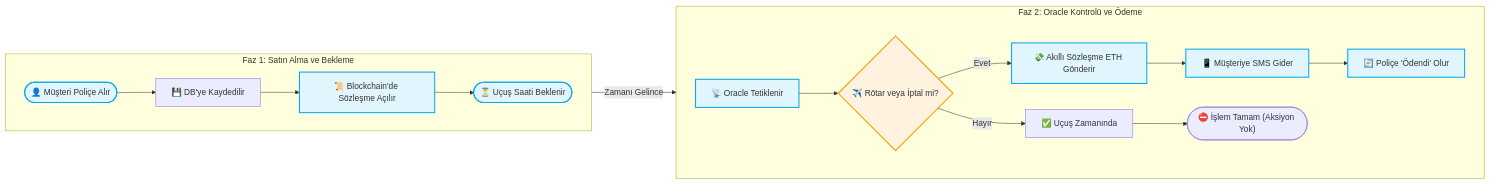
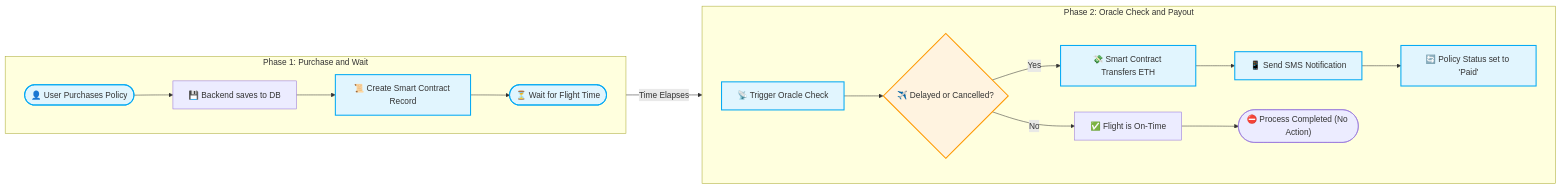
The second of 2 diagrams in flight-insurance-dapp/README.md (BulutKaradag/BLT-Python-Projects), drawn with Mermaid before and after one commit. The commit also changed other lines of this file, not shown here.

````diff
--- a/flight-insurance-dapp/README.md
+++ b/flight-insurance-dapp/README.md
@@ -62,28 +62,28 @@
 ```mermaid
 flowchart LR
-    subgraph Faz 1: Satın Alma ve Bekleme
+    subgraph Phase 1: Purchase and Wait
     direction LR
-        A(["👤 Müşteri Poliçe Alır"]) --> B["💾 DB'ye Kaydedilir"]
-        B --> C["📜 Blockchain'de Sözleşme Açılır"]
-        C --> D(["⏳ Uçuş Saati Beklenir"])
+        A(["👤 User Purchases Policy"]) --> B["💾 Backend saves to DB"]
+        B --> C["📜 Create Smart Contract Record"]
+        C --> D(["⏳ Wait for Flight Time"])
     end
 
-    subgraph Faz 2: Oracle Kontrolü ve Ödeme
+    subgraph Phase 2: Oracle Check and Payout
     direction LR
-        E["📡 Oracle Tetiklenir"] --> F{"✈️ Rötar veya İptal mi?"}
+        E["📡 Trigger Oracle Check"] --> F{"✈️ Delayed or Cancelled?"}
         
-        F -- "Evet" --> G["💸 Akıllı Sözleşme ETH Gönderir"]
-        G --> H["📱 Müşteriye SMS Gider"]
-        H --> I["🔄 Poliçe 'Ödendi' Olur"]
+        F -- "Yes" --> G["💸 Smart Contract Transfers ETH"]
+        G --> H["📱 Send SMS Notification"]
+        H --> I["🔄 Policy Status set to 'Paid'"]
         
-        F -- "Hayır" --> K["✅ Uçuş Zamanında"]
-        K --> L(["⛔ İşlem Tamam (Aksiyon Yok)"])
+        F -- "No" --> K["✅ Flight is On-Time"]
+        K --> L(["⛔ Process Completed (No Action)"])
     end
 
-    D -->|"Zamanı Gelince"| E
+    D -->|"Time Elapses"| E
 
     classDef highlight fill:#e1f5fe,stroke:#03a9f4,stroke-width:2px;
     classDef decision fill:#fff3e0,stroke:#ff9800,stroke-width:2px;
     class A,C,D,E,G,H,I highlight;
     class F decision;
 ```
````
